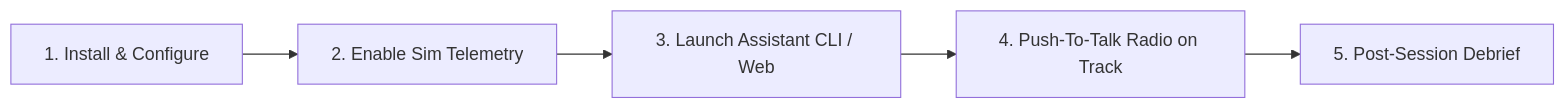
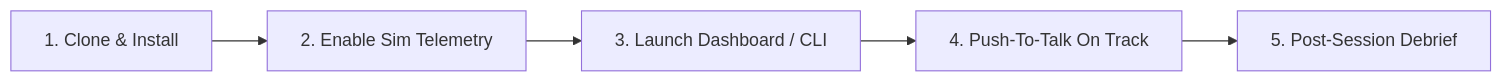
The diagram in docs/USER_GUIDE.md (lalit-rg/PaddockPal), drawn with Mermaid before and after one commit. The commit also changed other lines of this file and 2 other files, not shown here.

````diff
--- a/docs/USER_GUIDE.md
+++ b/docs/USER_GUIDE.md
@@ -9,7 +10,7 @@
 ```mermaid
 flowchart LR
-    A[1. Install & Configure] --> B[2. Enable Sim Telemetry]
-    B --> C[3. Launch Assistant CLI / Web]
-    C --> D[4. Push-To-Talk Radio on Track]
+    A[1. Clone & Install] --> B[2. Enable Sim Telemetry]
+    B --> C[3. Launch Dashboard / CLI]
+    C --> D[4. Push-To-Talk On Track]
     D --> E[5. Post-Session Debrief]
 ```
````
